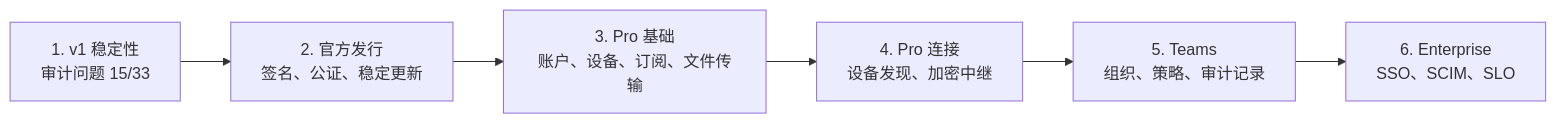
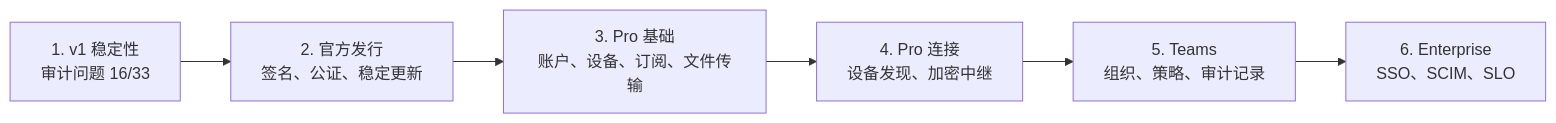
The third of 3 diagrams in README.zh-CN.md (Cherry-Company/ieum), drawn with Mermaid before and after one commit. The commit also changed other lines of this file and 14 other files, not shown here.

````diff
--- a/README.zh-CN.md
+++ b/README.zh-CN.md
@@ -391,8 +405,8 @@
 ```mermaid
 flowchart LR
-  P1["1. v1 稳定性<br/>审计问题 15/33"] --> P2["2. 官方发行<br/>签名、公证、稳定更新"]
+  P1["1. v1 稳定性<br/>审计问题 16/33"] --> P2["2. 官方发行<br/>签名、公证、稳定更新"]
   P2 --> P3["3. Pro 基础<br/>账户、设备、订阅、文件传输"]
   P3 --> P4["4. Pro 连接<br/>设备发现、加密中继"]
   P4 --> P5["5. Teams<br/>组织、策略、审计记录"]
   P5 --> P6["6. Enterprise<br/>SSO、SCIM、SLO"]
 ```
````
